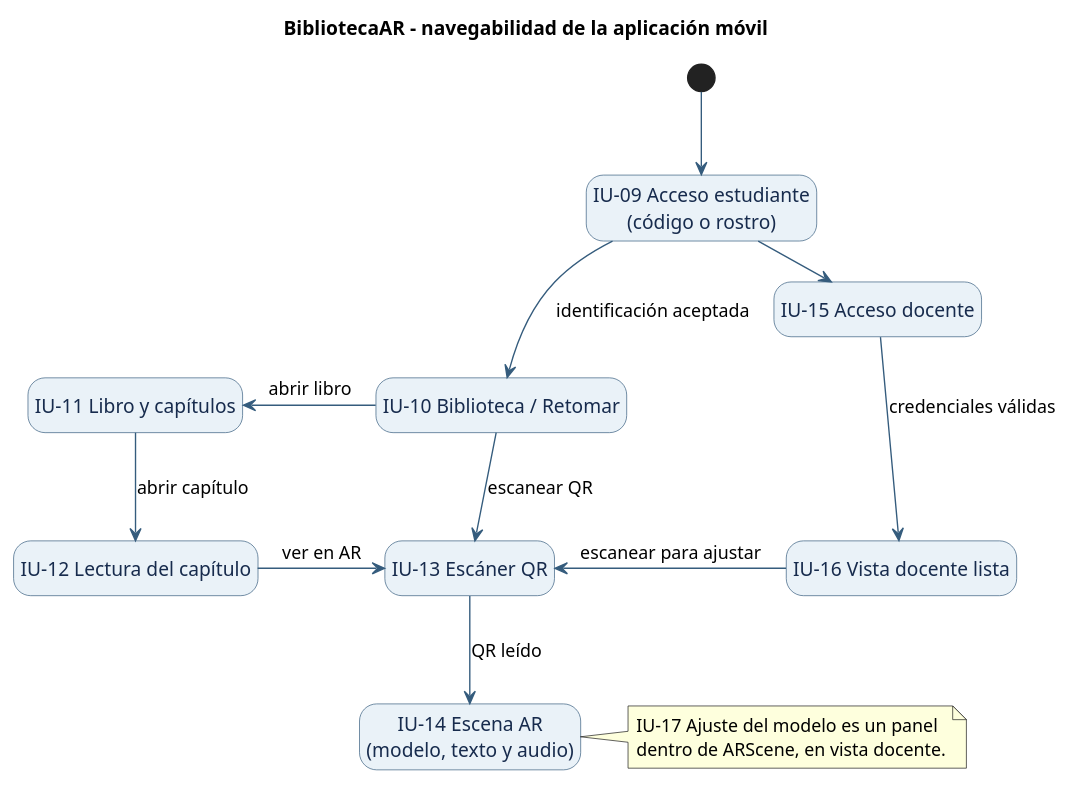
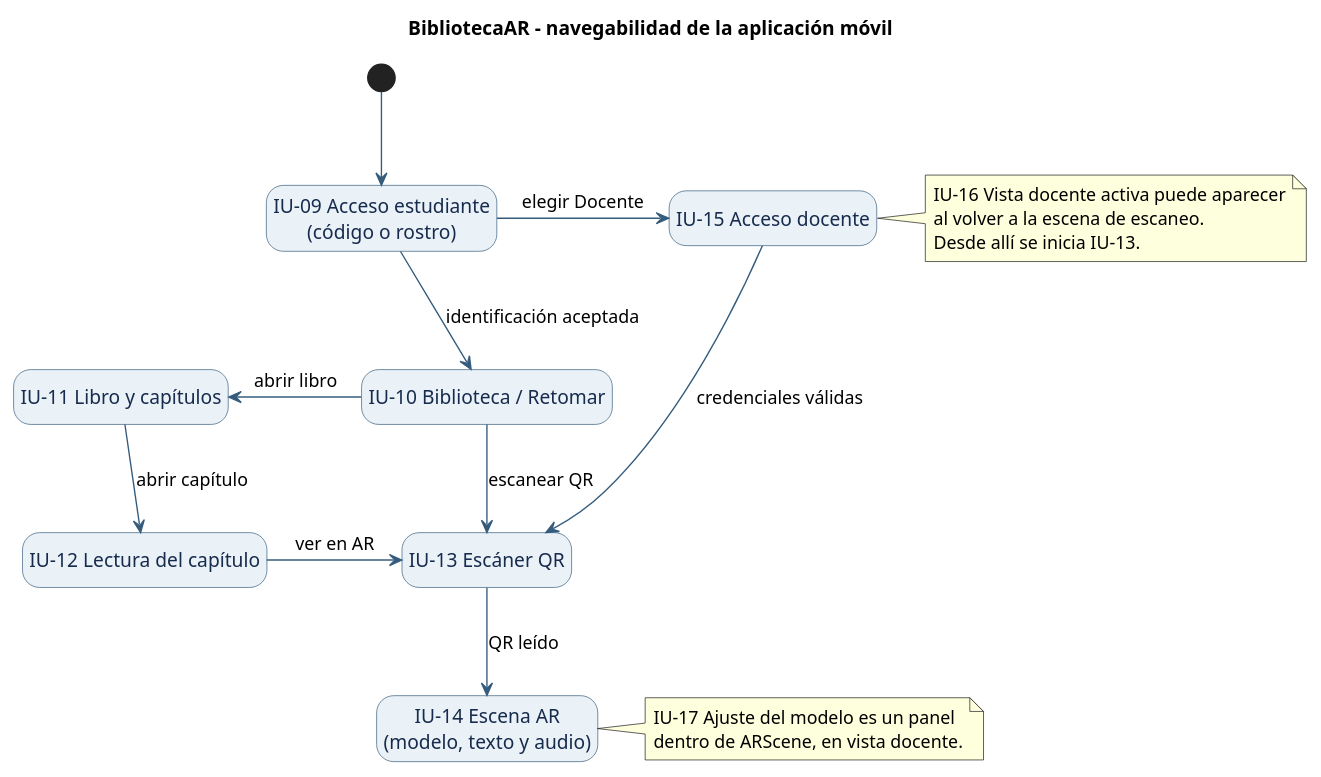
One commit to AlejandroPhoccoTapia/BibliotecaAR-backend changed the diagram in docs/tesis/diagramas/08-navegacion-app-movil.puml. Above: the diagram before and after it, drawn with PlantUML. The commit also changed 7 other files, not shown here.

```diff
--- a/docs/tesis/diagramas/08-navegacion-app-movil.puml
+++ b/docs/tesis/diagramas/08-navegacion-app-movil.puml
@@ -1,40 +1,44 @@
 @startuml
 title BibliotecaAR - navegabilidad de la aplicación móvil
 top to bottom direction
 skinparam shadowing false
 skinparam backgroundColor white
 skinparam defaultFontName Arial
 skinparam state {
   BackgroundColor #EAF2F8
   BorderColor #355C7D
   FontColor #172B4D
   ArrowColor #355C7D
 }
 hide empty description
 
 state "IU-09 Acceso estudiante\n(código o rostro)" as LOGIN
 state "IU-10 Biblioteca / Retomar" as LIBRARY
 state "IU-11 Libro y capítulos" as BOOK
 state "IU-12 Lectura del capítulo" as READ
 state "IU-13 Escáner QR" as SCAN
 state "IU-14 Escena AR\n(modelo, texto y audio)" as AR
 state "IU-15 Acceso docente" as TEACHER_LOGIN
-state "IU-16 Vista docente lista" as TEACHER_READY
 
 [*] -down-> LOGIN
 LOGIN -down-> LIBRARY : identificación aceptada
 LIBRARY -left-> BOOK : abrir libro
 BOOK -down-> READ : abrir capítulo
 LIBRARY -down-> SCAN : escanear QR
 READ -right-> SCAN : ver en AR
 SCAN -down-> AR : QR leído
 LOGIN -right-> TEACHER_LOGIN : elegir Docente
-TEACHER_LOGIN -down-> TEACHER_READY : credenciales válidas
-TEACHER_READY -left-> SCAN : escanear para ajustar
+TEACHER_LOGIN -down-> SCAN : credenciales válidas
+
+note right of TEACHER_LOGIN
+  IU-16 Vista docente activa puede aparecer
+  al volver a la escena de escaneo.
+  Desde allí se inicia IU-13.
+end note
 
 note right of AR
   IU-17 Ajuste del modelo es un panel
   dentro de ARScene, en vista docente.
 end note
 
 @enduml
```
